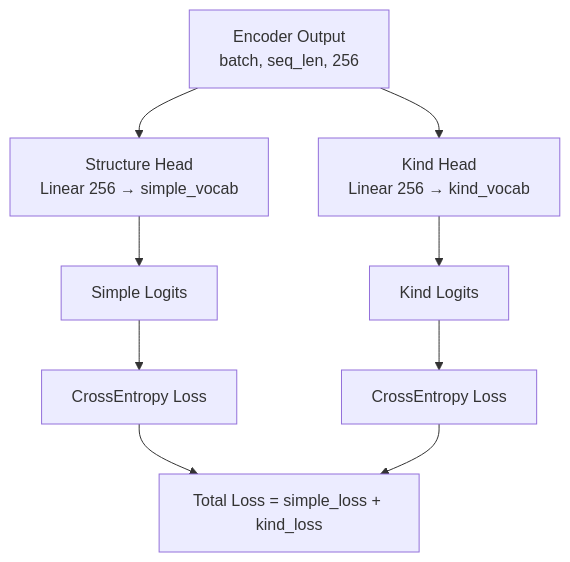
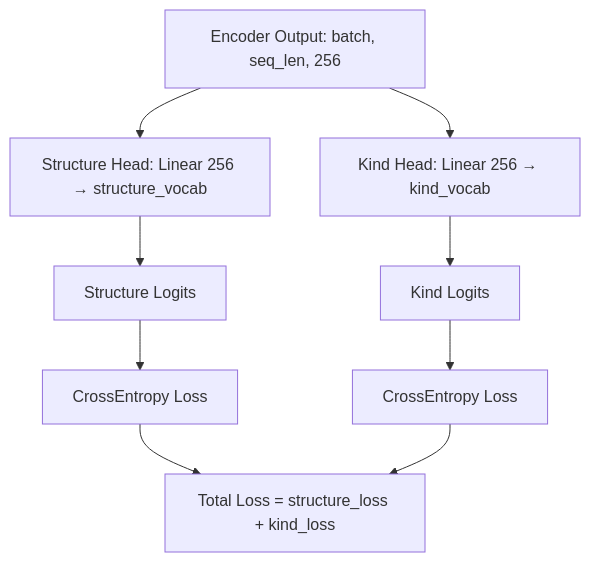
The seventh of 7 diagrams in docs/architecture.md (vimalk78/yaml-bert), drawn with Mermaid before and after one commit. The commit also changed other lines of this file, not shown here.

First line of the commit message:
docs: comprehensive architecture documentation with worked example

````diff
--- a/docs/architecture.md
+++ b/docs/architecture.md
@@ -298,16 +298,16 @@
 ```mermaid
 graph TD
-    ENC["Encoder Output\nbatch, seq_len, 256"]
+    ENC["Encoder Output: batch, seq_len, 256"]
 
-    ENC --> SH["Structure Head\nLinear 256 → simple_vocab"]
-    ENC --> KH["Kind Head\nLinear 256 → kind_vocab"]
+    ENC --> SH["Structure Head: Linear 256 → structure_vocab"]
+    ENC --> KH["Kind Head: Linear 256 → kind_vocab"]
 
-    SH --> SL["Simple Logits"]
+    SH --> SL["Structure Logits"]
     KH --> KL["Kind Logits"]
 
     SL --> LOSS1["CrossEntropy Loss"]
     KL --> LOSS2["CrossEntropy Loss"]
 
-    LOSS1 --> TOTAL["Total Loss = simple_loss + kind_loss"]
+    LOSS1 --> TOTAL["Total Loss = structure_loss + kind_loss"]
     LOSS2 --> TOTAL
 ```
````
